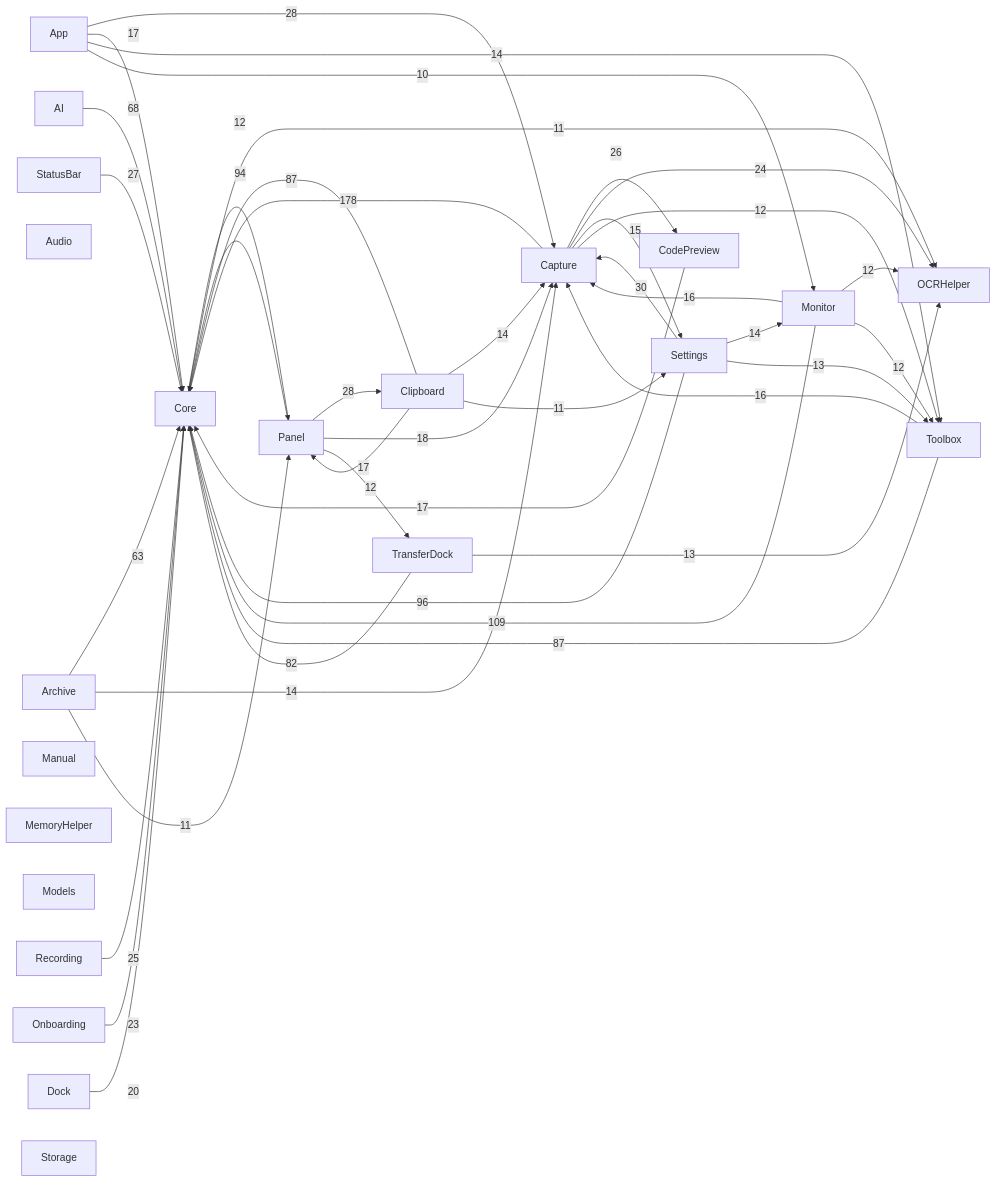
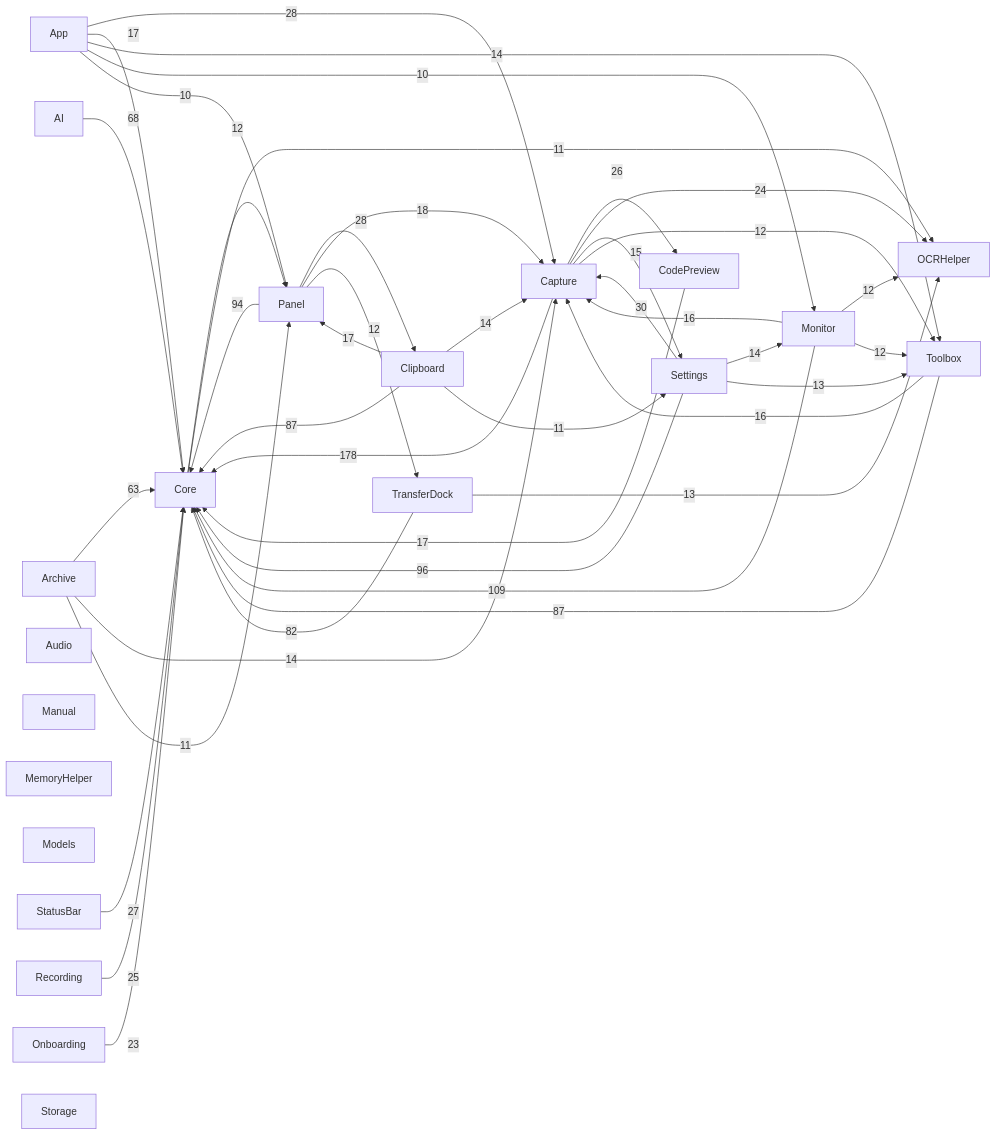
Before and after one commit to sxyq/Kitnest: the diagram in docs/00-总览/模块依赖图.md, drawn with Mermaid. The commit also changed other lines of this file and 24 other files, not shown here.

````diff
--- a/docs/00-总览/模块依赖图.md
+++ b/docs/00-总览/模块依赖图.md
@@ -36,65 +35,64 @@
 ```mermaid
 flowchart LR
   M0["AI"]
   M1["App"]
   M2["Archive"]
   M3["Audio"]
   M4["Capture"]
   M5["Clipboard"]
   M6["CodePreview"]
   M7["Core"]
-  M8["Dock"]
-  M9["Manual"]
-  M10["MemoryHelper"]
-  M11["Models"]
-  M12["Monitor"]
-  M13["OCRHelper"]
-  M14["Onboarding"]
-  M15["Panel"]
-  M16["Recording"]
-  M17["Settings"]
-  M18["StatusBar"]
-  M19["Storage"]
-  M20["Toolbox"]
-  M21["TransferDock"]
+  M8["Manual"]
+  M9["MemoryHelper"]
+  M10["Models"]
+  M11["Monitor"]
+  M12["OCRHelper"]
+  M13["Onboarding"]
+  M14["Panel"]
+  M15["Recording"]
+  M16["Settings"]
+  M17["StatusBar"]
+  M18["Storage"]
+  M19["Toolbox"]
+  M20["TransferDock"]
   M4 -->|178| M7
-  M12 -->|109| M7
-  M17 -->|96| M7
-  M15 -->|94| M7
-  M20 -->|87| M7
+  M11 -->|109| M7
+  M16 -->|96| M7
+  M14 -->|94| M7
+  M19 -->|87| M7
   M5 -->|87| M7
-  M21 -->|82| M7
+  M20 -->|82| M7
   M0 -->|68| M7
   M2 -->|63| M7
-  M17 -->|30| M4
+  M16 -->|30| M4
   M1 -->|28| M4
-  M15 -->|28| M5
-  M18 -->|27| M7
+  M14 -->|28| M5
+  M17 -->|27| M7
   M4 -->|26| M6
-  M16 -->|25| M7
-  M4 -->|24| M13
-  M14 -->|23| M7
-  M8 -->|20| M7
-  M15 -->|18| M4
+  M15 -->|25| M7
+  M4 -->|24| M12
+  M13 -->|23| M7
+  M14 -->|18| M4
   M1 -->|17| M7
   M6 -->|17| M7
-  M5 -->|17| M15
-  M12 -->|16| M4
-  M20 -->|16| M4
-  M4 -->|15| M17
-  M1 -->|14| M20
-  M17 -->|14| M12
+  M5 -->|17| M14
+  M11 -->|16| M4
+  M19 -->|16| M4
+  M4 -->|15| M16
+  M1 -->|14| M19
+  M16 -->|14| M11
   M2 -->|14| M4
   M5 -->|14| M4
-  M17 -->|13| M20
-  M21 -->|13| M13
-  M7 -->|12| M15
-  M4 -->|12| M20
-  M12 -->|12| M13
-  M12 -->|12| M20
-  M15 -->|12| M21
-  M7 -->|11| M13
-  M2 -->|11| M15
-  M5 -->|11| M17
-  M1 -->|10| M12
+  M16 -->|13| M19
+  M20 -->|13| M12
+  M7 -->|12| M14
+  M4 -->|12| M19
+  M11 -->|12| M12
+  M11 -->|12| M19
+  M14 -->|12| M20
+  M7 -->|11| M12
+  M2 -->|11| M14
+  M5 -->|11| M16
+  M1 -->|10| M11
+  M1 -->|10| M14
 ```
````
